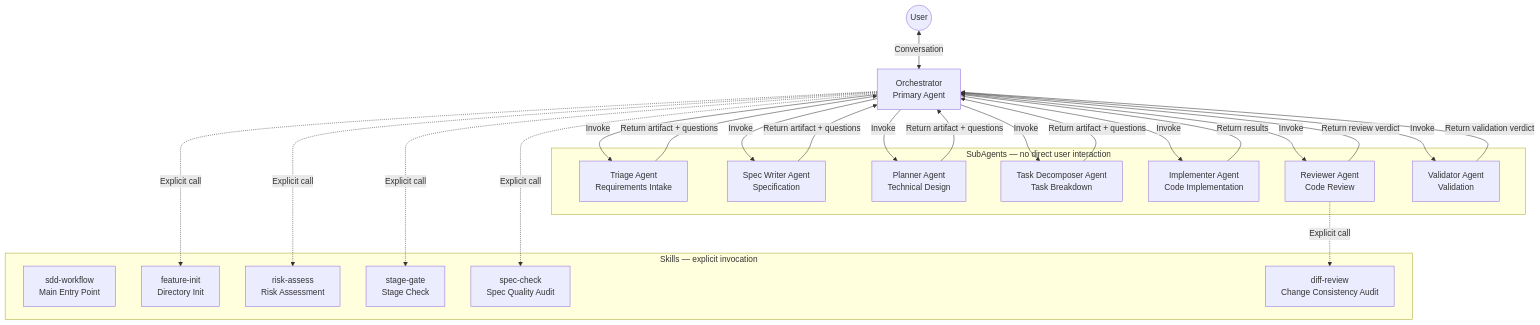
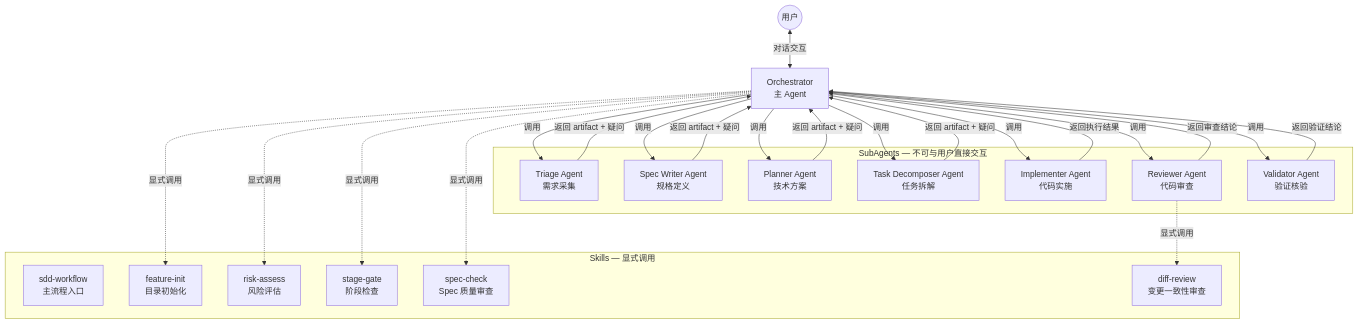
The first of 7 diagrams in ARCHITECTURE.md (daydreamer258/opencode-sdd-pipeline), drawn with Mermaid before and after one commit. The commit also changed other lines of this file and 1 other file, not shown here.

First line of the commit message:
将 README 和 ARCHITECTURE 改为中文，Quick Start 补充 AGENTS.md

````diff
--- a/ARCHITECTURE.md
+++ b/ARCHITECTURE.md
@@ -9,46 +9,46 @@
 ```mermaid
 graph TB
-    User((User))
-    Orch[Orchestrator<br/>Primary Agent]
+    User((用户))
+    Orch[Orchestrator<br/>主 Agent]
 
-    subgraph SubAgents[SubAgents — no direct user interaction]
-        Triage[Triage Agent<br/>Requirements Intake]
-        Spec[Spec Writer Agent<br/>Specification]
-        Planner[Planner Agent<br/>Technical Design]
-        TaskD[Task Decomposer Agent<br/>Task Breakdown]
-        Impl[Implementer Agent<br/>Code Implementation]
-        Rev[Reviewer Agent<br/>Code Review]
-        Valid[Validator Agent<br/>Validation]
+    subgraph SubAgents[SubAgents — 不可与用户直接交互]
+        Triage[Triage Agent<br/>需求采集]
+        Spec[Spec Writer Agent<br/>规格定义]
+        Planner[Planner Agent<br/>技术方案]
+        TaskD[Task Decomposer Agent<br/>任务拆解]
+        Impl[Implementer Agent<br/>代码实施]
+        Rev[Reviewer Agent<br/>代码审查]
+        Valid[Validator Agent<br/>验证核验]
     end
 
-    subgraph Skills[Skills — explicit invocation]
-        SDDSkill[sdd-workflow<br/>Main Entry Point]
-        FeatInit[feature-init<br/>Directory Init]
-        RiskA[risk-assess<br/>Risk Assessment]
-        StageG[stage-gate<br/>Stage Check]
-        SpecC[spec-check<br/>Spec Quality Audit]
-        DiffR[diff-review<br/>Change Consistency Audit]
+    subgraph Skills[Skills — 显式调用]
+        SDDSkill[sdd-workflow<br/>主流程入口]
+        FeatInit[feature-init<br/>目录初始化]
+        RiskA[risk-assess<br/>风险评估]
+        StageG[stage-gate<br/>阶段检查]
+        SpecC[spec-check<br/>Spec 质量审查]
+        DiffR[diff-review<br/>变更一致性审查]
     end
 
-    User <-->|Conversation| Orch
-    Orch -->|Invoke| Triage
-    Orch -->|Invoke| Spec
-    Orch -->|Invoke| Planner
-    Orch -->|Invoke| TaskD
-    Orch -->|Invoke| Impl
-    Orch -->|Invoke| Rev
-    Orch -->|Invoke| Valid
-    Orch -.->|Explicit call| FeatInit
-    Orch -.->|Explicit call| RiskA
-    Orch -.->|Explicit call| StageG
-    Orch -.->|Explicit call| SpecC
-    Rev -.->|Explicit call| DiffR
+    User <-->|对话交互| Orch
+    Orch -->|调用| Triage
+    Orch -->|调用| Spec
+    Orch -->|调用| Planner
+    Orch -->|调用| TaskD
+    Orch -->|调用| Impl
+    Orch -->|调用| Rev
+    Orch -->|调用| Valid
+    Orch -.->|显式调用| FeatInit
+    Orch -.->|显式调用| RiskA
+    Orch -.->|显式调用| StageG
+    Orch -.->|显式调用| SpecC
+    Rev -.->|显式调用| DiffR
 
-    Triage -->|Return artifact + questions| Orch
-    Spec -->|Return artifact + questions| Orch
-    Planner -->|Return artifact + questions| Orch
-    TaskD -->|Return artifact + questions| Orch
-    Impl -->|Return results| Orch
-    Rev -->|Return review verdict| Orch
-    Valid -->|Return validation verdict| Orch
+    Triage -->|返回 artifact + 疑问| Orch
+    Spec -->|返回 artifact + 疑问| Orch
+    Planner -->|返回 artifact + 疑问| Orch
+    TaskD -->|返回 artifact + 疑问| Orch
+    Impl -->|返回执行结果| Orch
+    Rev -->|返回审查结论| Orch
+    Valid -->|返回验证结论| Orch
 ```
````
